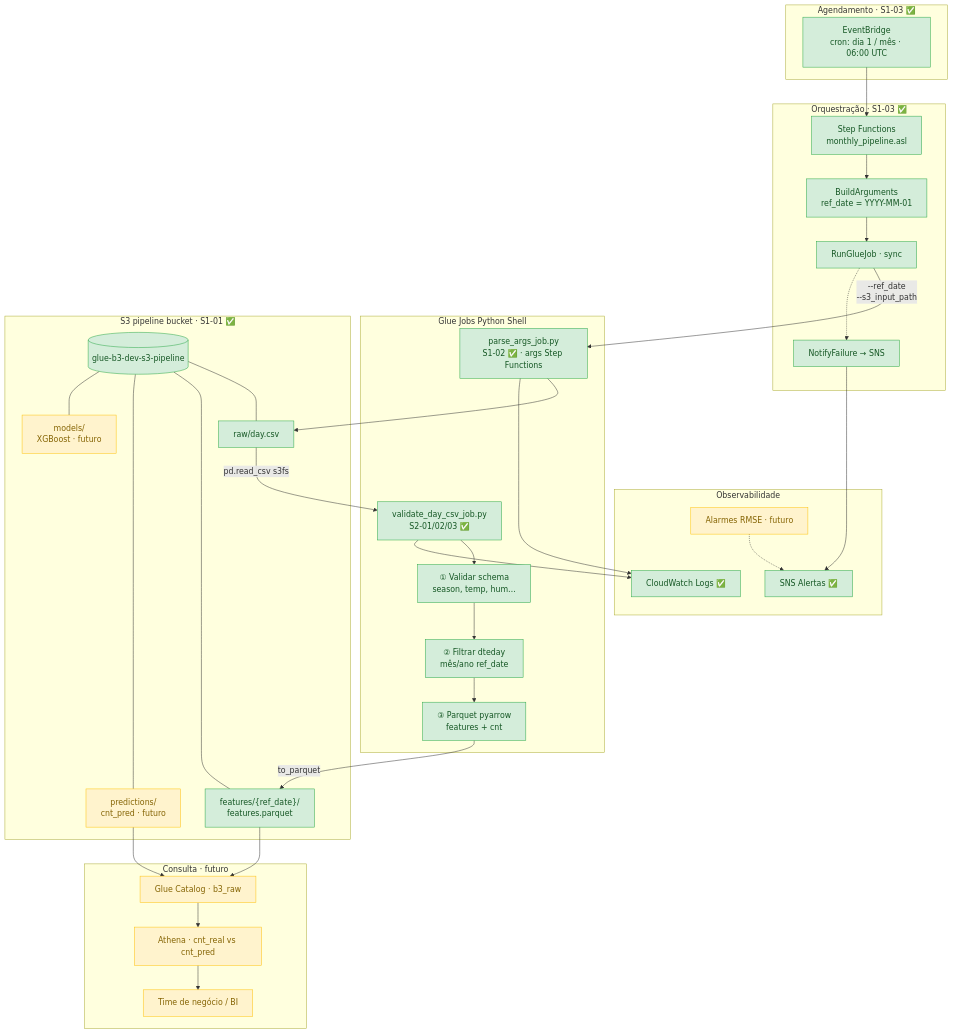
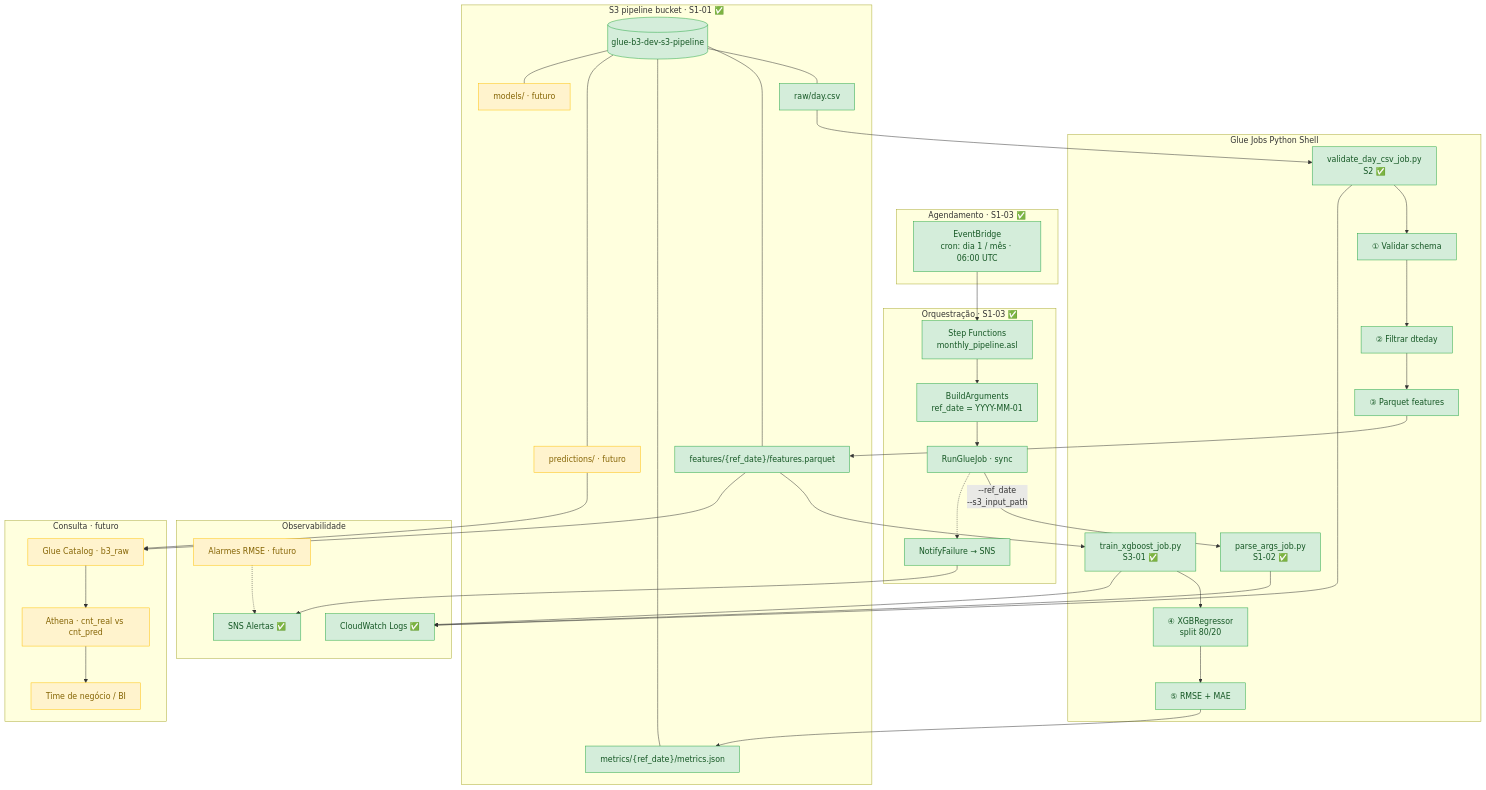
The first of 2 diagrams in README.md (welligtoncos/bike-sharing-forecast-aws), drawn with Mermaid before and after one commit. The commit also changed other lines of this file, not shown here.

````diff
--- a/README.md
+++ b/README.md
@@ -13,71 +13,80 @@
 ```mermaid
 flowchart TB
     subgraph AGENDAMENTO["Agendamento · S1-03 ✅"]
         EB["EventBridge<br/>cron: dia 1 / mês · 06:00 UTC"]
     end
 
     subgraph ORQUESTRACAO["Orquestração · S1-03 ✅"]
         SF["Step Functions<br/>monthly_pipeline.asl"]
         BUILD["BuildArguments<br/>ref_date = YYYY-MM-01"]
         RUN["RunGlueJob · sync"]
         FAIL["NotifyFailure → SNS"]
     end
 
     subgraph COMPUTE["Glue Jobs Python Shell"]
-        GJ1["parse_args_job.py<br/>S1-02 ✅ · args Step Functions"]
-        GJ2["validate_day_csv_job.py<br/>S2-01/02/03 ✅"]
-        S2A["① Validar schema<br/>season, temp, hum…"]
-        S2B["② Filtrar dteday<br/>mês/ano ref_date"]
-        S2C["③ Parquet pyarrow<br/>features + cnt"]
+        GJ1["parse_args_job.py<br/>S1-02 ✅"]
+        GJ2["validate_day_csv_job.py<br/>S2 ✅"]
+        GJ3["train_xgboost_job.py<br/>S3-01 ✅"]
+        S2A["① Validar schema"]
+        S2B["② Filtrar dteday"]
+        S2C["③ Parquet features"]
+        S3A["④ XGBRegressor<br/>split 80/20"]
+        S3B["⑤ RMSE + MAE"]
     end
 
     subgraph STORAGE["S3 pipeline bucket · S1-01 ✅"]
         S3[("glue-b3-dev-s3-pipeline")]
         RAW["raw/day.csv"]
-        FEAT["features/{ref_date}/<br/>features.parquet"]
-        PRED["predictions/<br/>cnt_pred · futuro"]
-        MOD["models/<br/>XGBoost · futuro"]
+        FEAT["features/{ref_date}/features.parquet"]
+        MET["metrics/{ref_date}/metrics.json"]
+        PRED["predictions/ · futuro"]
+        MOD["models/ · futuro"]
     end
 
     subgraph OBS["Observabilidade"]
         CW["CloudWatch Logs ✅"]
         SNS["SNS Alertas ✅"]
         ALM["Alarmes RMSE · futuro"]
     end
 
     subgraph ANALYTICS["Consulta · futuro"]
         GC["Glue Catalog · b3_raw"]
         ATH["Athena · cnt_real vs cnt_pred"]
         USR["Time de negócio / BI"]
     end
 
     EB --> SF
     SF --> BUILD --> RUN
     RUN -->|"--ref_date<br/>--s3_input_path"| GJ1
     RUN -.-> FAIL
 
     GJ2 --> S2A --> S2B --> S2C
-    RAW -->|"pd.read_csv s3fs"| GJ2
-    S2C -->|"to_parquet"| FEAT
+    RAW --> GJ2
+    S2C --> FEAT
 
-    GJ1 --> RAW
+    FEAT --> GJ3
+    GJ3 --> S3A --> S3B
+    S3B --> MET
+
     GJ1 --> CW
     GJ2 --> CW
+    GJ3 --> CW
     FAIL --> SNS
     ALM -.-> SNS
 
     S3 --- RAW
     S3 --- FEAT
+    S3 --- MET
     S3 --- PRED
     S3 --- MOD
 
     FEAT --> GC
     PRED --> GC
     GC --> ATH --> USR
 
     classDef done fill:#d4edda,stroke:#28a745,color:#155724
     classDef future fill:#fff3cd,stroke:#ffc107,color:#856404
 
-    class EB,SF,BUILD,RUN,GJ1,GJ2,S2A,S2B,S2C,S3,RAW,FEAT,CW,SNS,FAIL done
+    class EB,SF,BUILD,RUN,GJ1,GJ2,GJ3,S2A,S2B,S2C,S3A,S3B,S3,RAW,FEAT,MET,CW,SNS,FAIL done
     class PRED,MOD,ALM,GC,ATH,USR future
 ```
````
